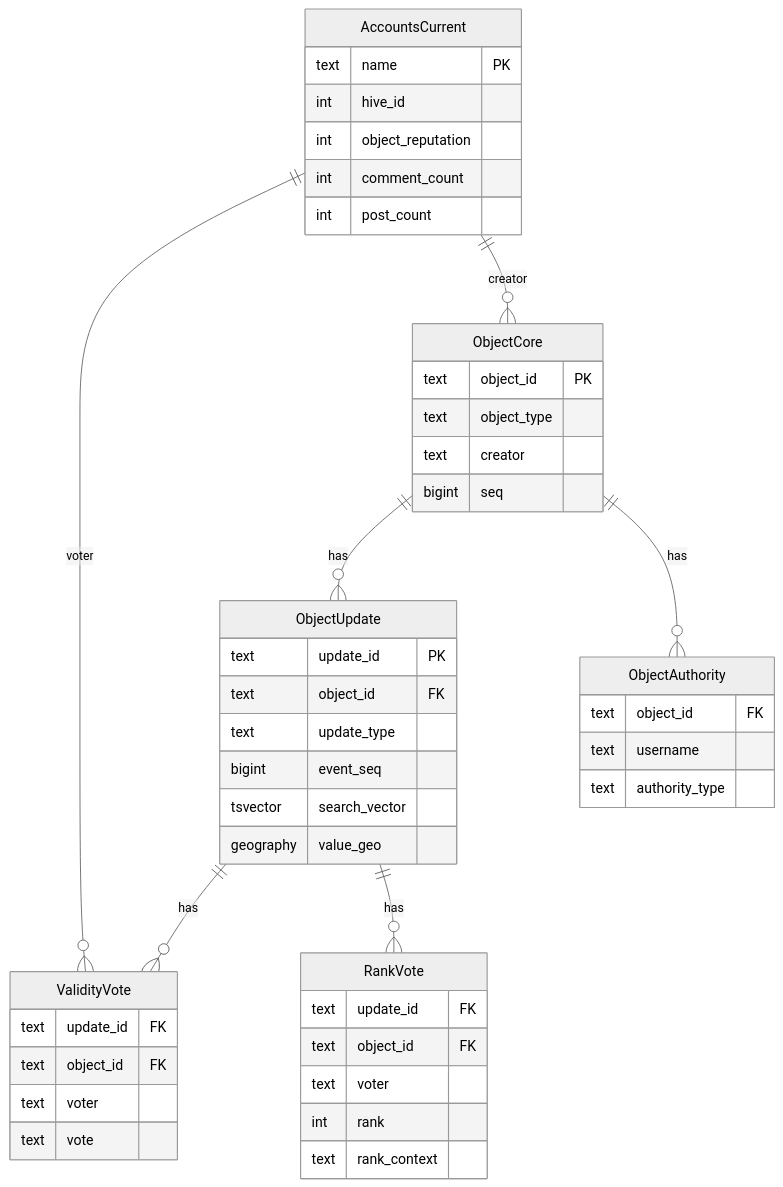
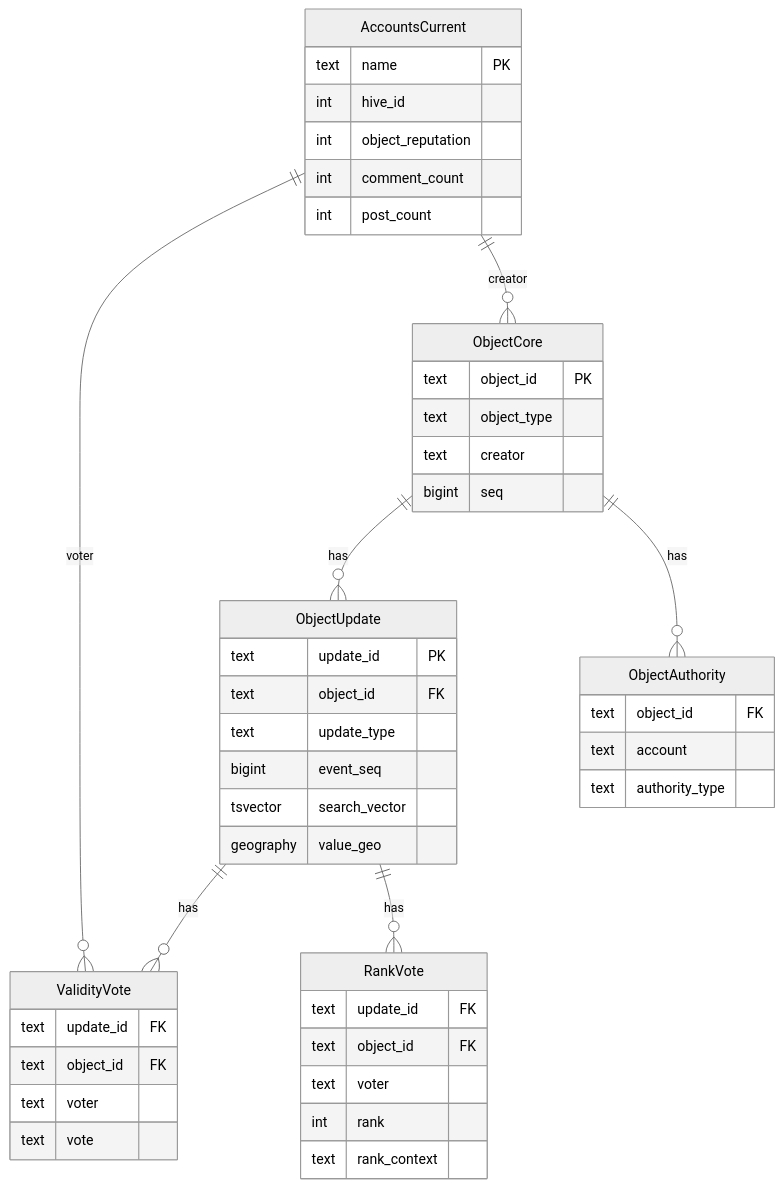
The first of 3 diagrams in spec/postgres-concept/flow.md (Waiviogit/open-data-layer), drawn with Mermaid (neutral theme) before and after one commit. The commit also changed other lines of this file and 16 other files, not shown here.

````diff
--- a/spec/postgres-concept/flow.md
+++ b/spec/postgres-concept/flow.md
@@ -31,55 +31,55 @@
 ```mermaid
 erDiagram
   ObjectCore ||--o{ ObjectUpdate : "has"
   ObjectUpdate ||--o{ ValidityVote : "has"
   ObjectUpdate ||--o{ RankVote : "has"
 
   ObjectCore {
     text object_id PK
     text object_type
     text creator
     bigint seq
   }
 
   ObjectUpdate {
     text update_id PK
     text object_id FK
     text update_type
     bigint event_seq
     tsvector search_vector
     geography value_geo
   }
 
   ValidityVote {
     text update_id FK
     text object_id FK
     text voter
     text vote
   }
 
   RankVote {
     text update_id FK
     text object_id FK
     text voter
     int rank
     text rank_context
   }
 
   ObjectAuthority {
     text object_id FK
-    text username
+    text account
     text authority_type
   }
 
   AccountsCurrent {
     text name PK
     int hive_id
     int object_reputation
     int comment_count
     int post_count
   }
 
   ObjectCore ||--o{ ObjectAuthority : "has"
   AccountsCurrent ||--o{ ValidityVote : "voter"
   AccountsCurrent ||--o{ ObjectCore : "creator"
 ```
````
